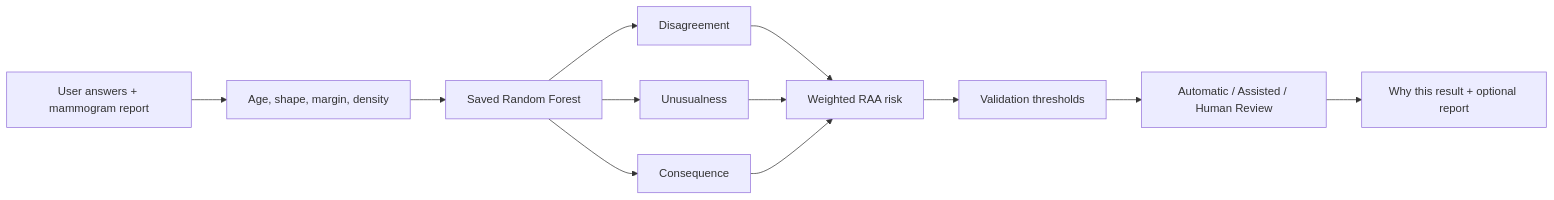
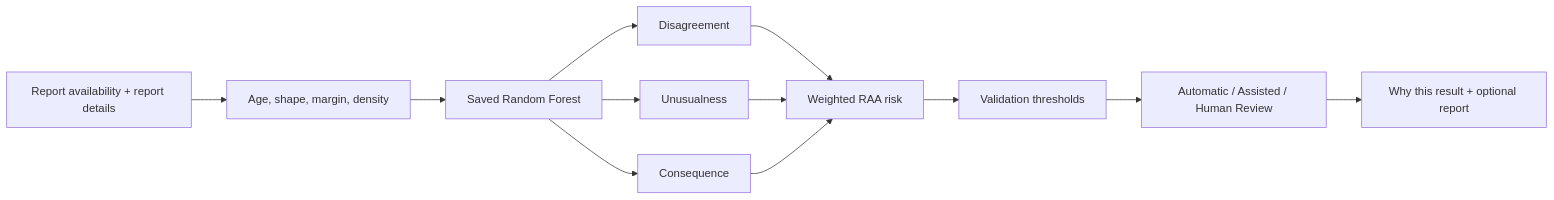
Before and after one commit to ketaki224917/risk-aware-abstention-system: the first of 2 diagrams in README.md, drawn with Mermaid. The commit also changed other lines of this file and 20 other files, not shown here.

````diff
--- a/README.md
+++ b/README.md
@@ -40,11 +40,11 @@
 ```mermaid
 flowchart LR
-    Q[User answers + mammogram report] --> F[Age, shape, margin, density]
+    Q[Report availability + report details] --> F[Age, shape, margin, density]
     F --> P[Saved Random Forest]
     P --> U[Disagreement] --> R[Weighted RAA risk]
     P --> A[Unusualness] --> R
     P --> C[Consequence] --> R
     R --> T[Validation thresholds]
     T --> D[Automatic / Assisted / Human Review]
     D --> X[Why this result + optional report]
 ```
````
